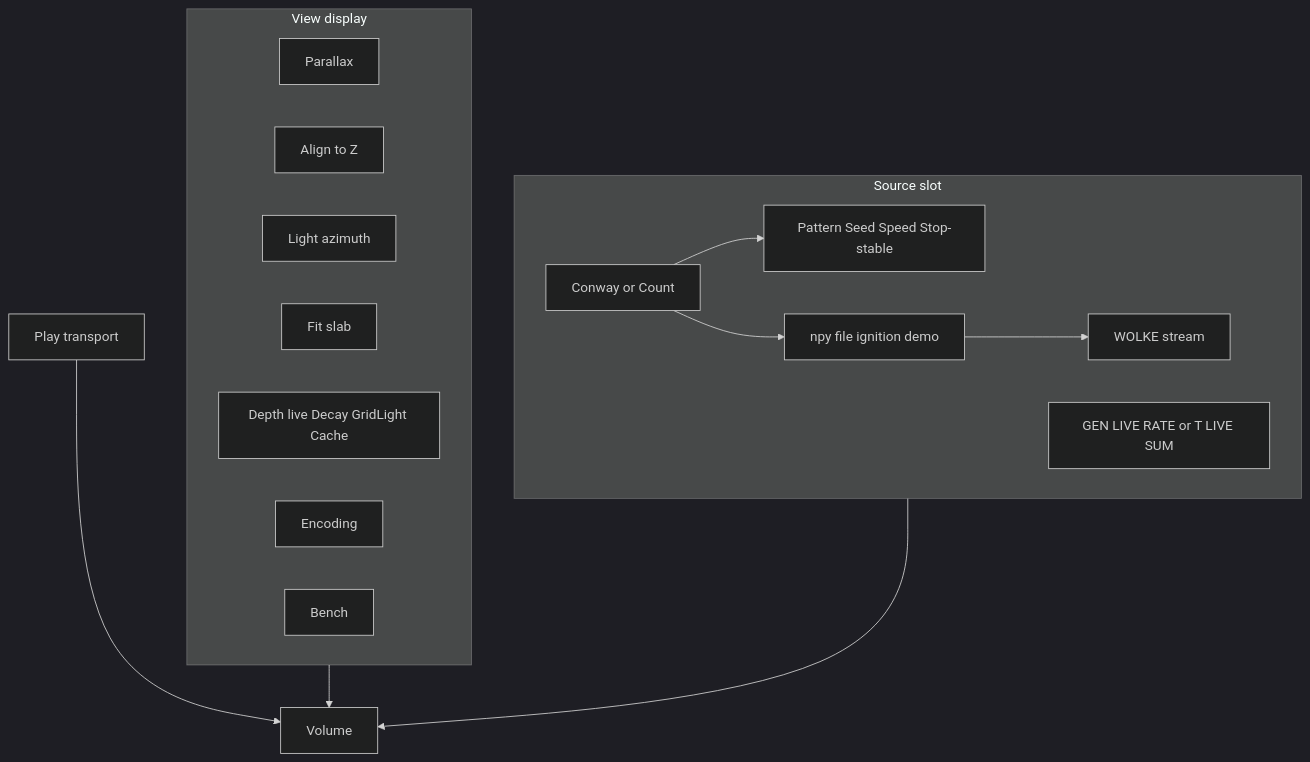
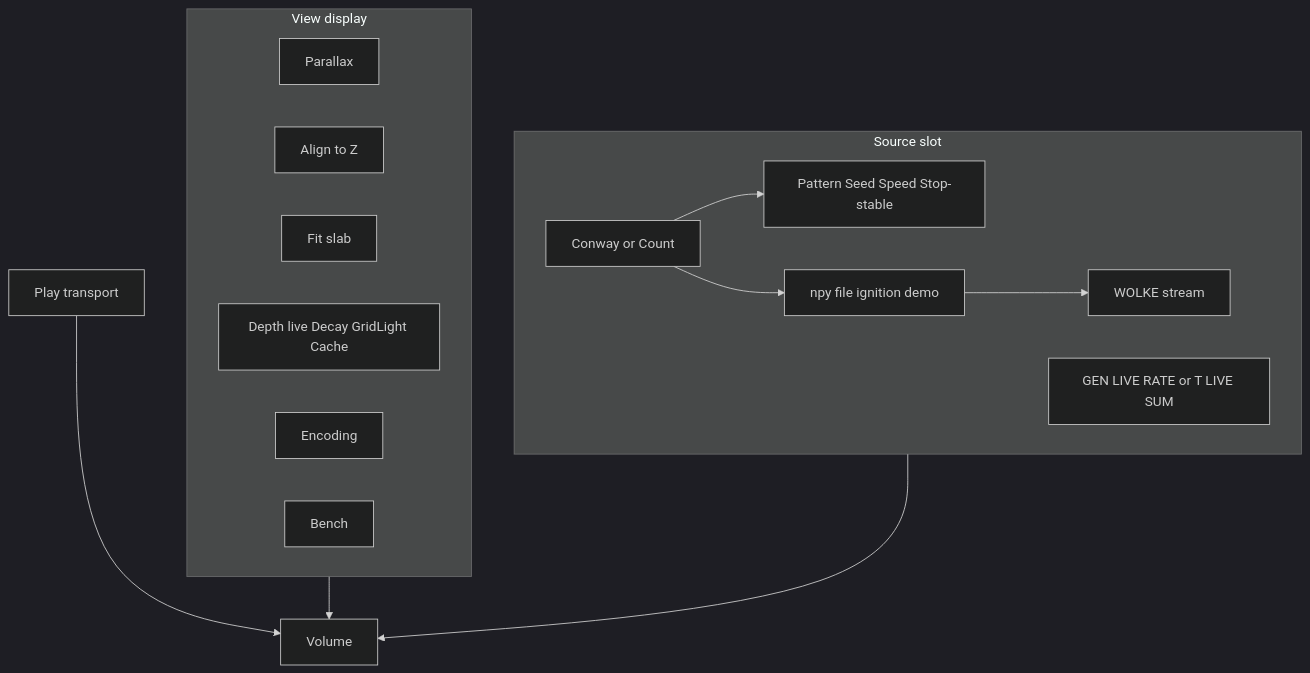
Before and after one commit to PiMaV/DONNER: the fourth of 11 diagrams in docs/gui.md, drawn with Mermaid (dark theme). The commit also changed other lines of this file and 10 other files, not shown here.

````diff
--- a/docs/gui.md
+++ b/docs/gui.md
@@ -79,26 +78,25 @@
 ```mermaid
 flowchart TB
   subgraph view [View display]
     bird[Parallax]
     align[Align to Z]
-    light[Light azimuth]
     fit[Fit slab]
     win[Depth live Decay GridLight Cache]
     enc[Encoding]
     bench[Bench]
   end
   subgraph source [Source slot]
     kind[Conway or Count]
     gen[GEN LIVE RATE or T LIVE SUM]
     conway[Pattern Seed Speed Stop-stable]
     npy[npy file ignition demo]
     stream[WOLKE stream]
   end
   play[Play transport]
   view --> volume[Volume]
   play --> volume
   source --> volume
   kind --> conway
   kind --> npy
   npy --> stream
 ```
````
